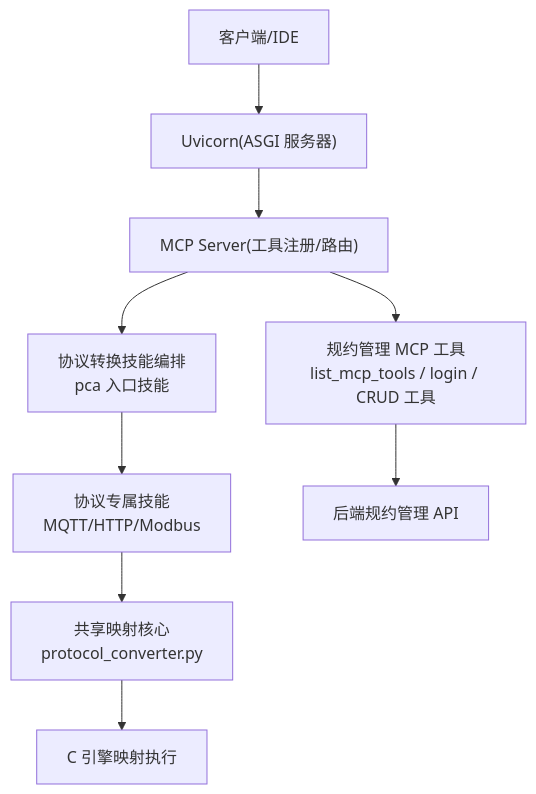
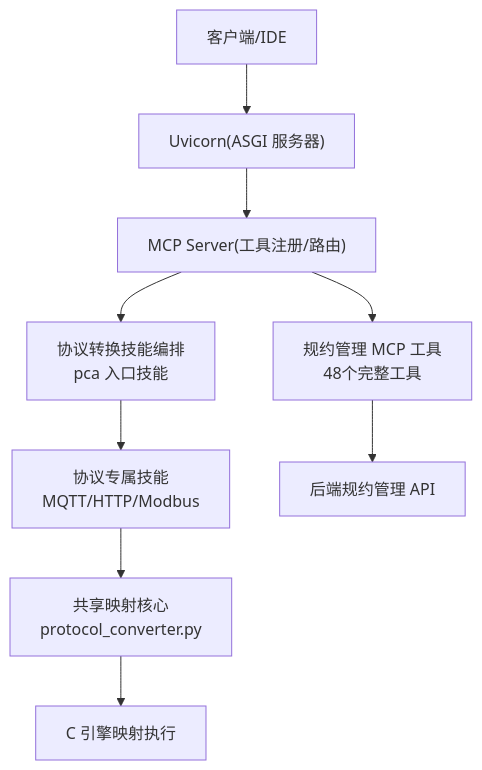
The first of 8 diagrams in .qoder/repowiki/zh/content/项目概述/核心功能特性/核心功能特性.md (rookie-wind/web_ai), drawn with Mermaid before and after one commit. The commit also changed other lines of this file and 117 other files, not shown here.

````diff
--- a/.qoder/repowiki/zh/content/项目概述/核心功能特性/核心功能特性.md
+++ b/.qoder/repowiki/zh/content/项目概述/核心功能特性/核心功能特性.md
@@ -40,11 +50,11 @@
 ```mermaid
 graph TB
 A["客户端/IDE"] --> B["Uvicorn(ASGI 服务器)"]
 B --> C["MCP Server(工具注册/路由)"]
-C --> D["规约管理 MCP 工具<br/>list_mcp_tools / login / CRUD 工具"]
+C --> D["规约管理 MCP 工具<br/>48个完整工具"]
 C --> E["协议转换技能编排<br/>pca 入口技能"]
 E --> F["协议专属技能<br/>MQTT/HTTP/Modbus"]
 F --> G["共享映射核心<br/>protocol_converter.py"]
 G --> H["C 引擎映射执行"]
 D --> I["后端规约管理 API"]
 ```
````
